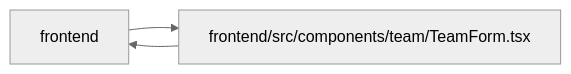
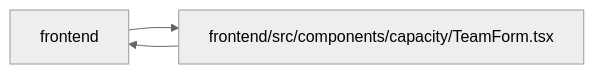
One commit to Denissvgn/WorkChord changed the diagram in docs/llm_wiki/modules/TeamForm.md. Above: the diagram before and after it, drawn with Mermaid (neutral theme). The commit also changed other lines of this file and 2373 other files, not shown here.

````diff
--- a/docs/llm_wiki/modules/TeamForm.md
+++ b/docs/llm_wiki/modules/TeamForm.md
@@ -43,8 +44,8 @@
 ```mermaid
 flowchart LR
     n0["frontend"]
-    n1["frontend/src/components/team/TeamForm.tsx"]
+    n1["frontend/src/components/capacity/TeamForm.tsx"]
     n0 --> n1
     n1 --> n0
     click n1 "../modules/TeamForm.md"
 ```
````
